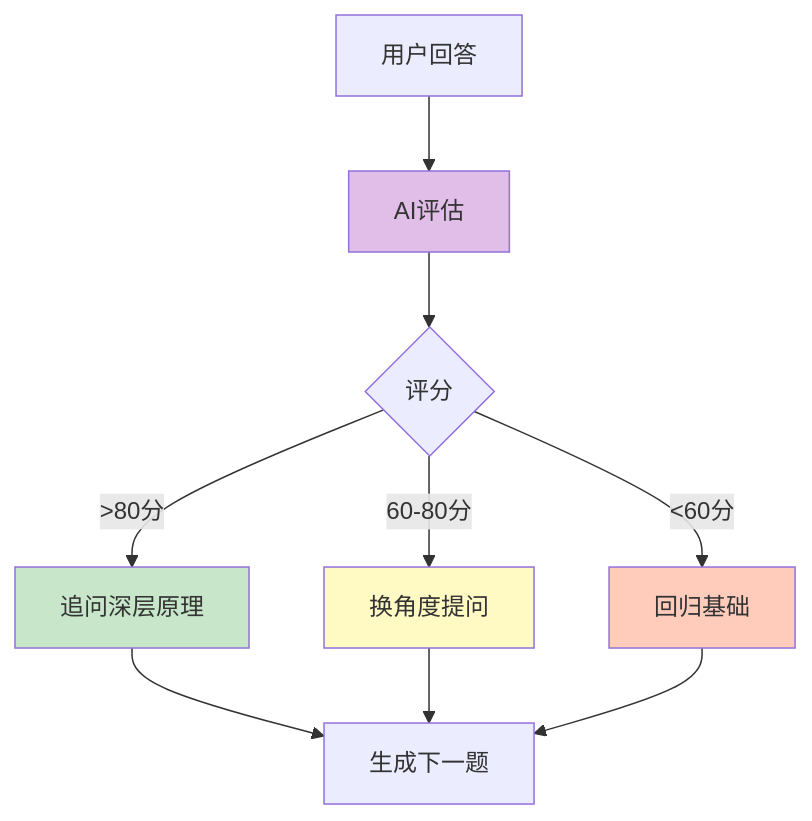
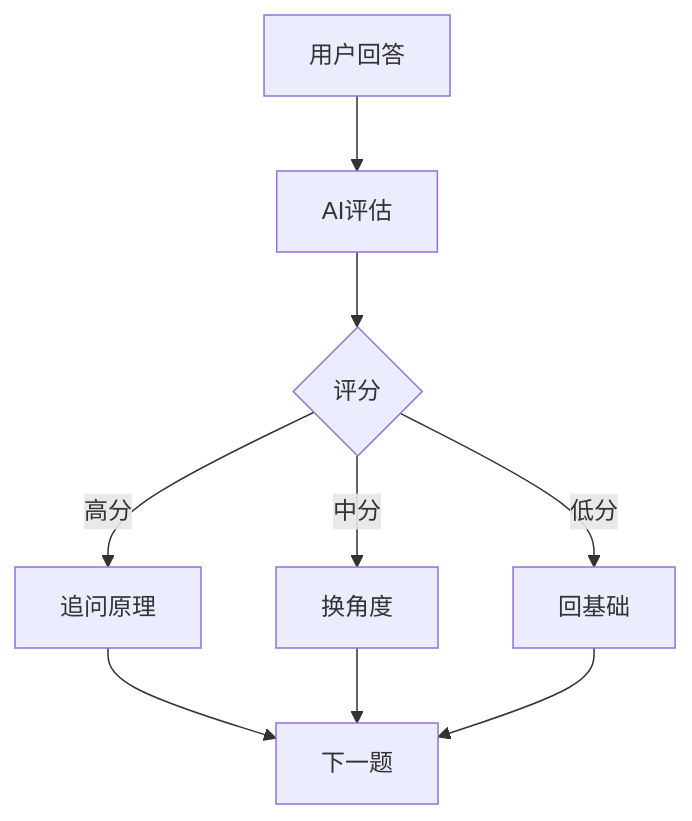
Before and after one commit to Trade-Offf/QuizPort: the fourth of 6 diagrams in README.md, drawn with Mermaid. The commit also changed other lines of this file, not shown here.

````diff
--- a/README.md
+++ b/README.md
@@ -221,18 +209,13 @@
 ```mermaid
-graph TD
+flowchart TD
     A[用户回答] --> B[AI评估]
     B --> C{评分}
-    
-    C -->|>80分| D[追问深层原理]
-    C -->|60-80分| E[换角度提问]
-    C -->|<60分| F[回归基础]
-    
-    D --> G[生成下一题]
+
+    C -->|高分| D[追问原理]
+    C -->|中分| E[换角度]
+    C -->|低分| F[回基础]
+
+    D --> G[下一题]
     E --> G
     F --> G
-    
-    style B fill:#e1bee7
-    style D fill:#c8e6c9
-    style E fill:#fff9c4
-    style F fill:#ffccbc
 ```
````
